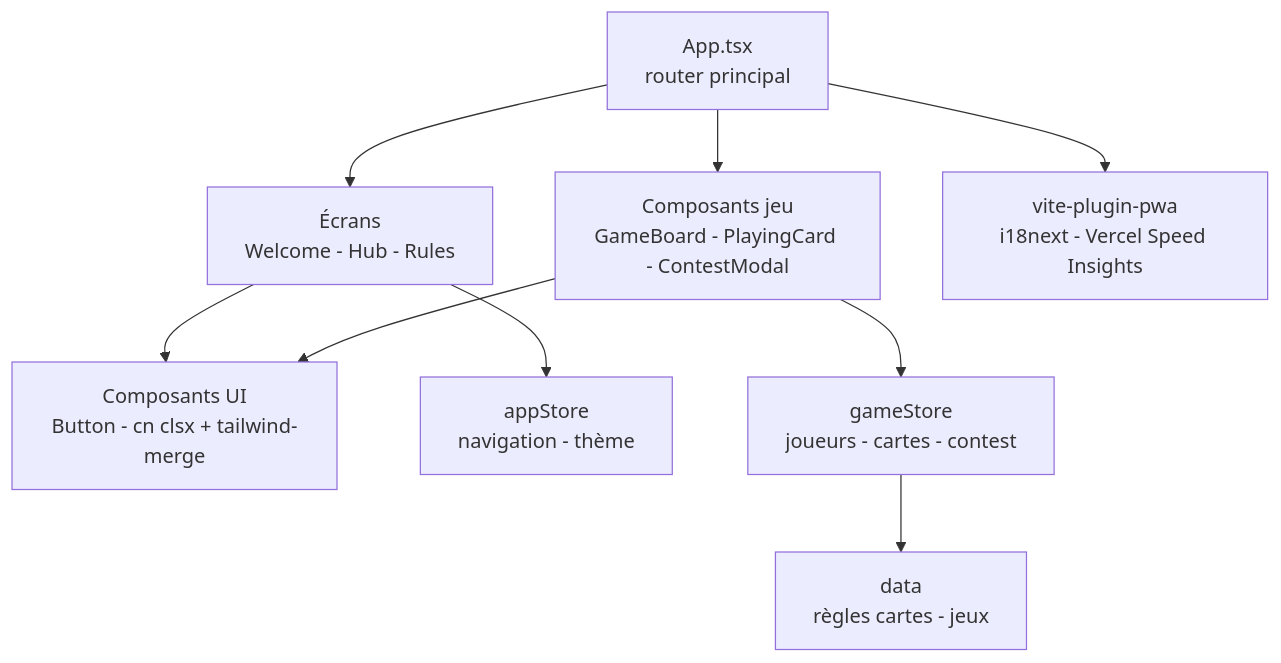
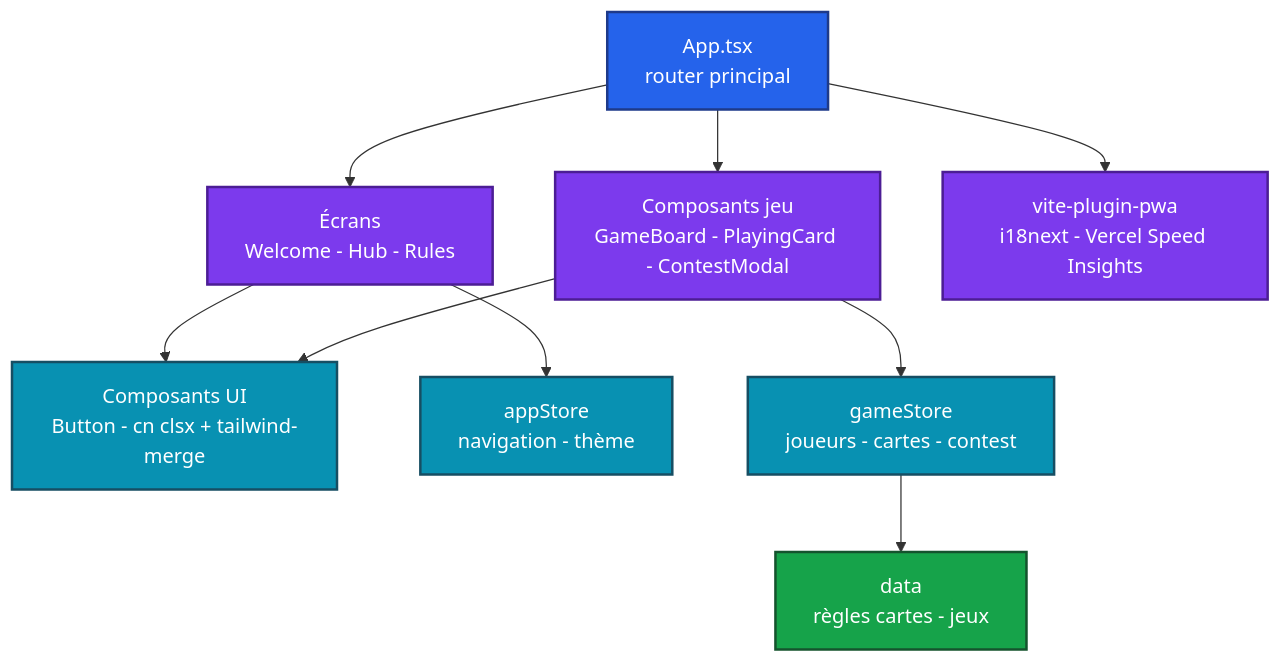
Before and after one commit to Adam-Blf/Borderland: the diagram in README.md, drawn with Mermaid.

Commit message:
docs: add colors to mermaid diagrams (#3)
Each node gets a palette class (by subgraph or by flow depth), subgraphs are tinted, non-flowchart diagrams use a colored base theme. Validated by rendering every diagram before and after.

````diff
--- a/README.md
+++ b/README.md
@@ -142,20 +142,29 @@
 ```mermaid
 flowchart TB
     App["App.tsx<br/>router principal"]
     Screens["Écrans<br/>Welcome - Hub - Rules"]
     Game["Composants jeu<br/>GameBoard - PlayingCard - ContestModal"]
     UICmp["Composants UI<br/>Button - cn clsx + tailwind-merge"]
     AppStore["appStore<br/>navigation - thème"]
     GameStore["gameStore<br/>joueurs - cartes - contest"]
     Data["data<br/>règles cartes - jeux"]
     PWA["vite-plugin-pwa<br/>i18next - Vercel Speed Insights"]
 
     App --> Screens
     App --> Game
     Screens --> UICmp
     Game --> UICmp
     Screens --> AppStore
     Game --> GameStore
     GameStore --> Data
     App --> PWA
+
+    classDef c0 fill:#2563eb,stroke:#1e3a8a,stroke-width:2px,color:#ffffff
+    classDef c1 fill:#7c3aed,stroke:#4c1d95,stroke-width:2px,color:#ffffff
+    classDef c2 fill:#0891b2,stroke:#164e63,stroke-width:2px,color:#ffffff
+    classDef c3 fill:#16a34a,stroke:#14532d,stroke-width:2px,color:#ffffff
+    class App c0
+    class Screens,Game,PWA c1
+    class UICmp,AppStore,GameStore c2
+    class Data c3
 ```
````
